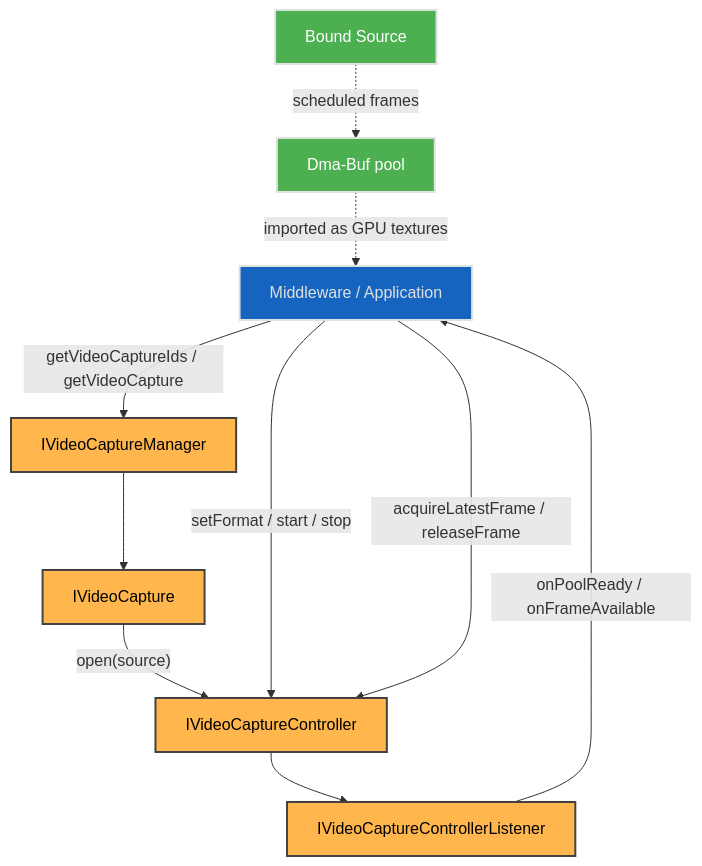
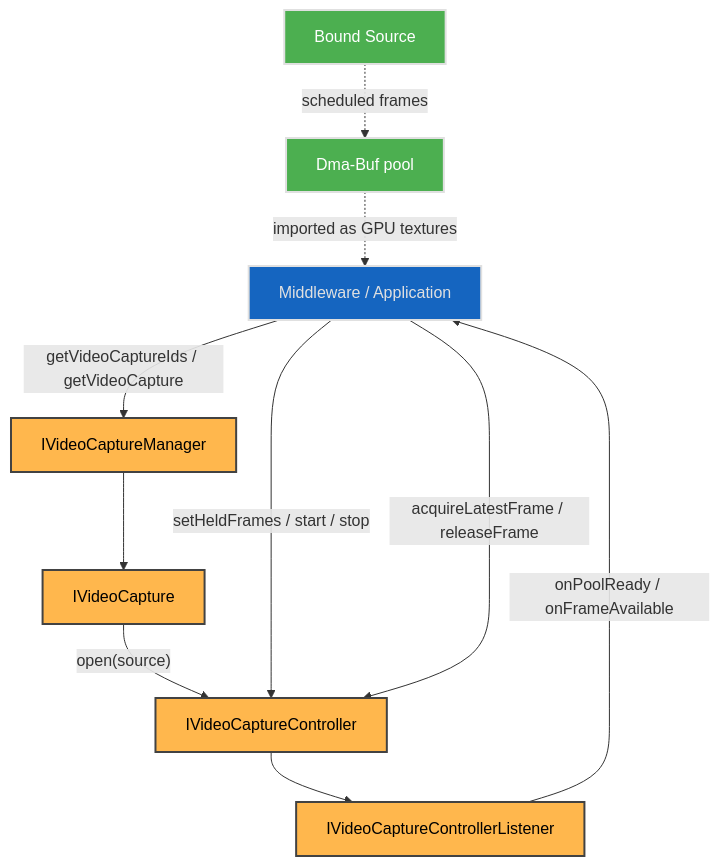
Before and after one commit to rdkcentral/rdk-halif-aidl: the second of 6 diagrams in videocapture/current/docs/videocapture_interface.md, drawn with Mermaid. The commit also changed other lines of this file and 15 other files, not shown here.

````diff
--- a/videocapture/current/docs/videocapture_interface.md
+++ b/videocapture/current/docs/videocapture_interface.md
@@ -183,33 +188,33 @@
 ```mermaid
 flowchart TD
     Client[Middleware / Application]
     MGR[IVideoCaptureManager]
     CAP[IVideoCapture]
     CTRL[IVideoCaptureController]
     L[IVideoCaptureControllerListener]
     POOL[Dma-Buf pool]
     SINK[Bound Source]
 
     Client -->|getVideoCaptureIds / getVideoCapture| MGR
     MGR --> CAP
     CAP -->|"open(source)"| CTRL
-    Client -->|setFormat / start / stop| CTRL
+    Client -->|setHeldFrames / start / stop| CTRL
     Client -->|acquireLatestFrame / releaseFrame| CTRL
     CTRL --> L
     L -->|onPoolReady / onFrameAvailable| Client
     SINK -.->|scheduled frames| POOL
     POOL -.->|imported as GPU textures| Client
 
     classDef blue fill:#1565C0,stroke:#E0E0E0,stroke-width:2px,color:#E0E0E0;
     classDef wheat fill:#FFB74D,stroke:#424242,stroke-width:2px,color:#000000;
     classDef green fill:#4CAF50,stroke:#E0E0E0,stroke-width:2px,color:#FFFFFF;
     classDef default fill:#1E1E1E,stroke:#E0E0E0,stroke-width:1px,color:#E0E0E0;
 
     Client:::blue
     MGR:::wheat
     CAP:::wheat
     CTRL:::wheat
     L:::wheat
     POOL:::green
     SINK:::green
 ```
````
